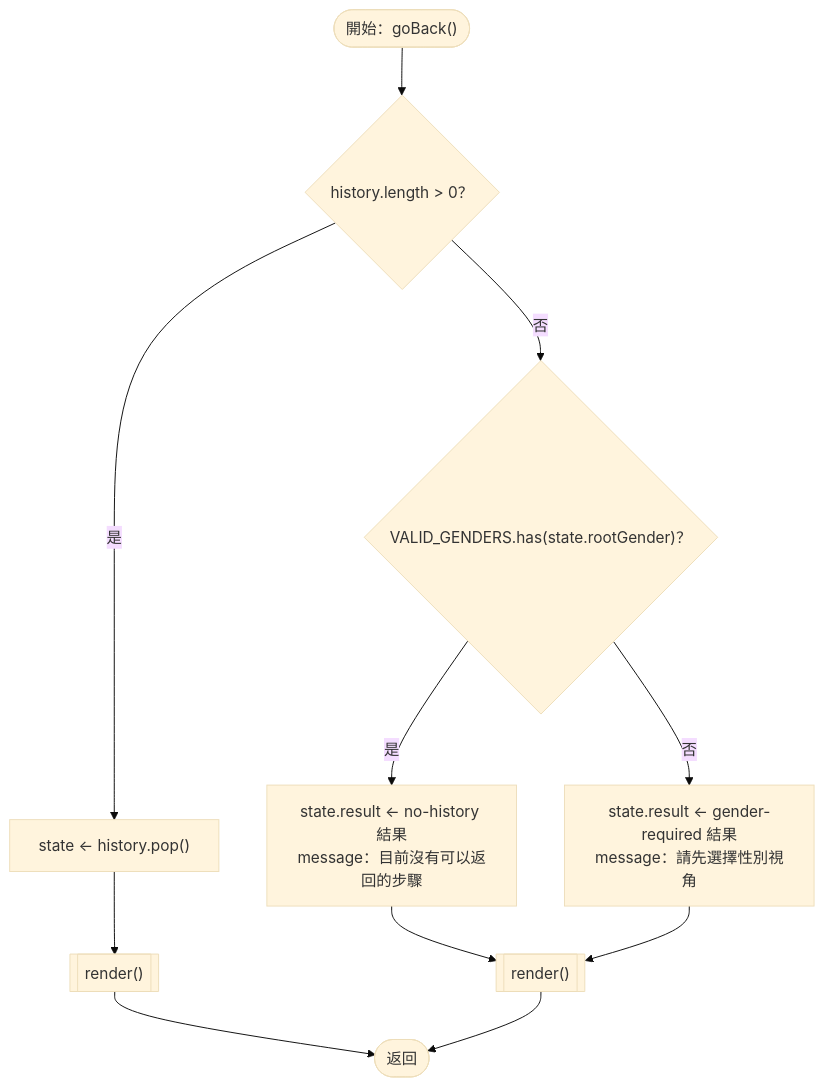
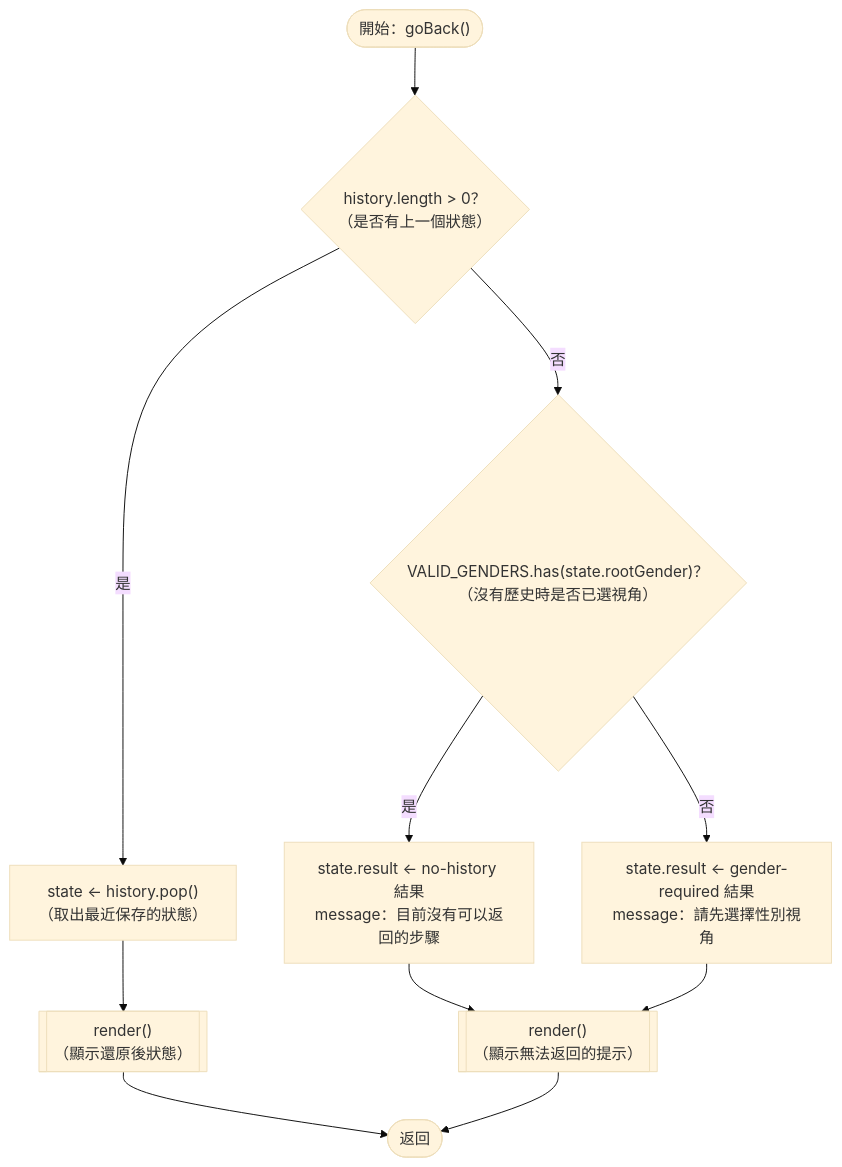
One commit to Chuen666666/hw3 changed diagram 14 of 29 in README.md. Above: the diagram before and after it, drawn with Mermaid (base theme). The commit also changed other lines of this file and 1 other file, not shown here.

Commit message:
補充流程圖程式碼中文說明

````diff
--- a/README.md
+++ b/README.md
@@ -184,13 +184,13 @@
 ```mermaid
 flowchart TD
-    START(["開始：goBack()"]) --> HISTORY{"history.length > 0？"}
-    HISTORY -- "是" --> RESTORE["state ← history.pop()"]
-    RESTORE --> RENDER_OK[["render()"]]
+    START(["開始：goBack()"]) --> HISTORY{"history.length > 0？<br/>（是否有上一個狀態）"}
+    HISTORY -- "是" --> RESTORE["state ← history.pop()<br/>（取出最近保存的狀態）"]
+    RESTORE --> RENDER_OK[["render()<br/>（顯示還原後狀態）"]]
     RENDER_OK --> RETURN(["返回"])
-    HISTORY -- "否" --> GENDER{"VALID_GENDERS.has(state.rootGender)？"}
+    HISTORY -- "否" --> GENDER{"VALID_GENDERS.has(state.rootGender)？<br/>（沒有歷史時是否已選視角）"}
     GENDER -- "是" --> NO_HISTORY["state.result ← no-history 結果<br/>message：目前沒有可以返回的步驟"]
     GENDER -- "否" --> NO_GENDER["state.result ← gender-required 結果<br/>message：請先選擇性別視角"]
-    NO_HISTORY --> RENDER_ERROR[["render()"]]
+    NO_HISTORY --> RENDER_ERROR[["render()<br/>（顯示無法返回的提示）"]]
     NO_GENDER --> RENDER_ERROR
     RENDER_ERROR --> RETURN
 ```
````
